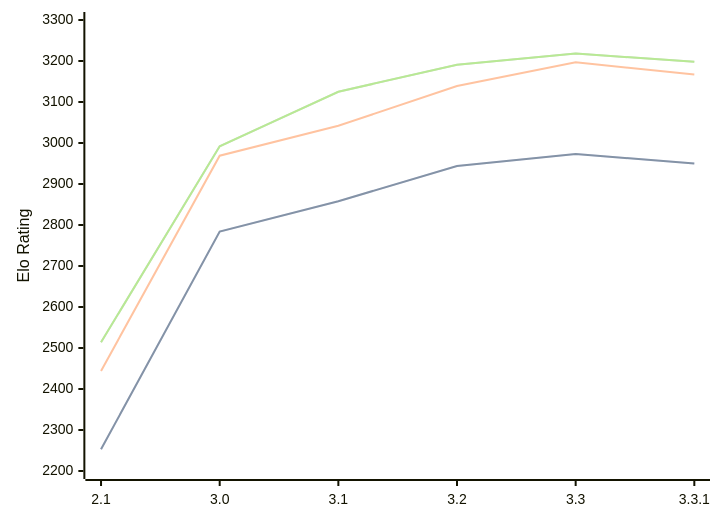
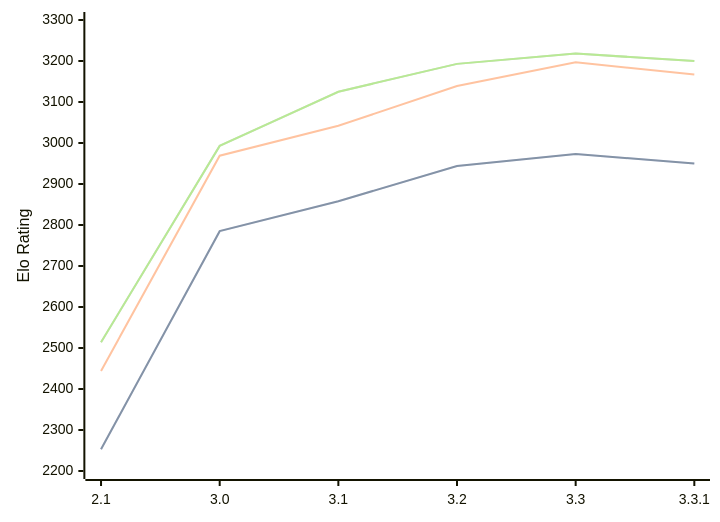
Before and after one commit to computer-chess-index/cci: the diagram in engines/Petrel.md, drawn with Mermaid. The commit also changed other lines of this file, not shown here.

Commit message:
Update CCI Ratings (ELO VLTC) - 2026-03-28

````diff
--- a/engines/Petrel.md
+++ b/engines/Petrel.md
@@ -45,11 +45,11 @@
 ```mermaid
 %%{init: {"theme":"base","themeVariables":{"seriesColors:['#a3a3a3','#222221','#faa371']}}}%%
 xychart-beta
   x-axis ["2.1", "3.0", "3.1", "3.2", "3.3", "3.3.1"]
   y-axis "Elo Rating" 2200 --> 3300
-  line "STC (8.0+0.08s)" [2253, 2784, 2858, 2944, 2973, 2950]
-  line "STC (8.0+0.08s)" [2253, 2784, 2858, 2944, 2973, 2950]
+  line "STC (8.0+0.08s)" [2253, 2785, 2858, 2944, 2973, 2950]
+  line "STC (8.0+0.08s)" [2253, 2785, 2858, 2944, 2973, 2950]
   line "LTC (60.0+0.60s)" [2444, 2969, 3042, 3139, 3197, 3167]
-  line "VLTC (2m24s+1.12s)" [2514, 2992, 3125, 3191, 3218, 3198]
-  line "VLTC (2m24s+1.12s)" [2514, 2992, 3125, 3191, 3218, 3198]
+  line "VLTC (2m24s+1.12s)" [2514, 2993, 3125, 3193, 3218, 3200]
+  line "VLTC (2m24s+1.12s)" [2514, 2993, 3125, 3193, 3218, 3200]
 ```
````
